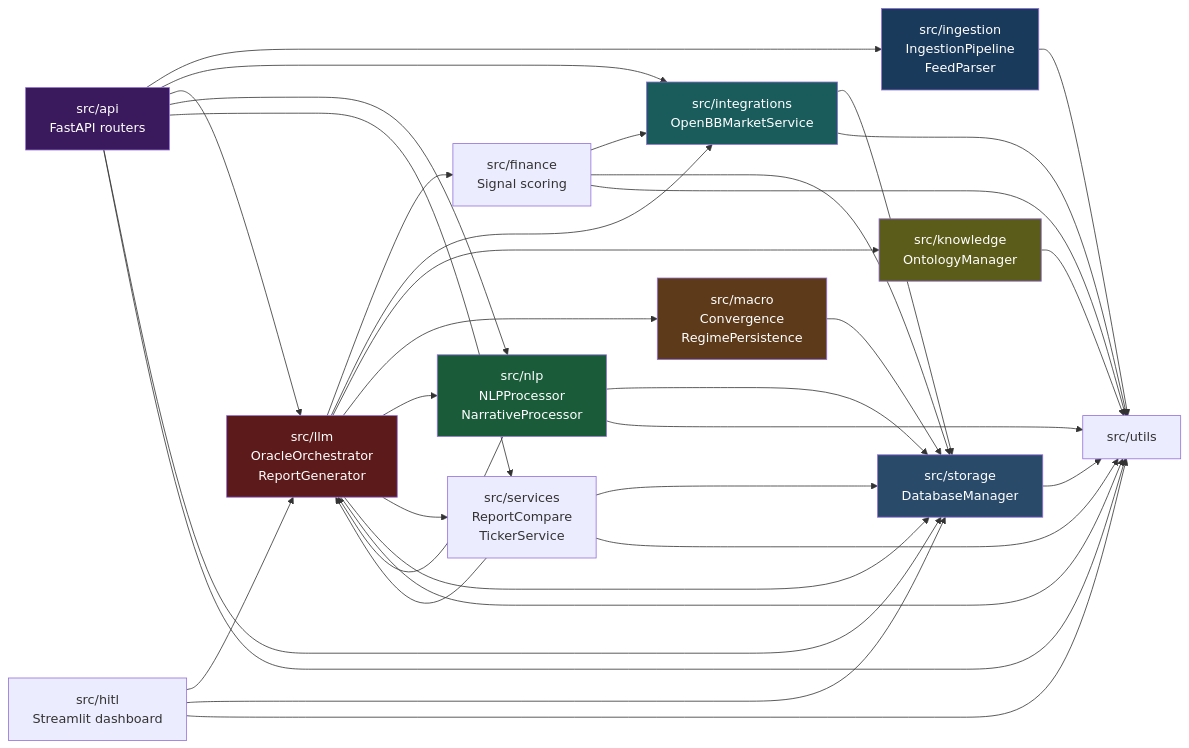
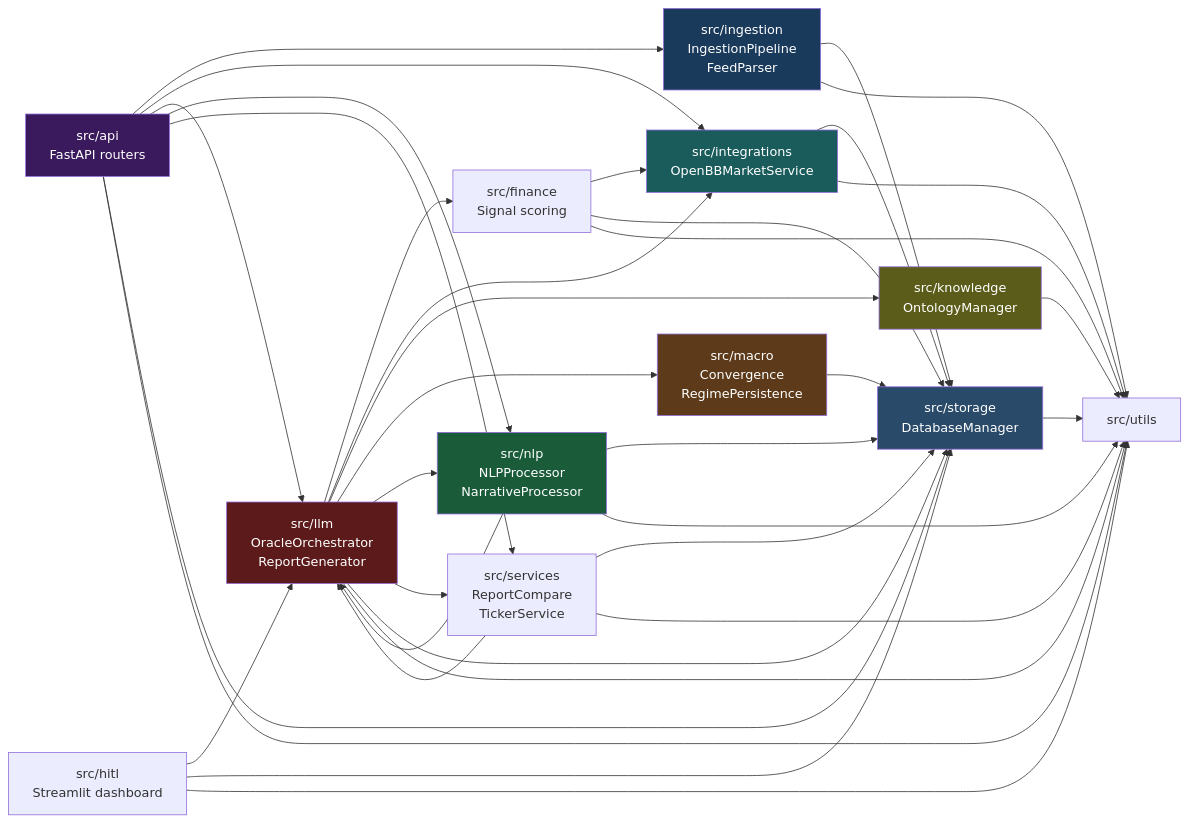
Before and after one commit to TommasoFazzi/MACROINTEL: the first of 6 diagrams in docs/generated/imports.md, drawn with Mermaid. The commit also changed other lines of this file, not shown here.

Commit message:
docs(auto): update Python import graph [skip ci]

````diff
--- a/docs/generated/imports.md
+++ b/docs/generated/imports.md
@@ -7,58 +7,59 @@
 ```mermaid
 flowchart LR
     api["src/api\nFastAPI routers"]
     finance["src/finance\nSignal scoring"]
     hitl["src/hitl\nStreamlit dashboard"]
     ingestion["src/ingestion\nIngestionPipeline\nFeedParser"]
     integrations["src/integrations\nOpenBBMarketService"]
     knowledge["src/knowledge\nOntologyManager"]
     llm["src/llm\nOracleOrchestrator\nReportGenerator"]
     macro["src/macro\nConvergence\nRegimePersistence"]
     nlp["src/nlp\nNLPProcessor\nNarrativeProcessor"]
     services["src/services\nReportCompare\nTickerService"]
     storage["src/storage\nDatabaseManager"]
     utils["src/utils"]
 
     api --> ingestion
     api --> integrations
     api --> llm
     api --> nlp
     api --> services
     api --> storage
     api --> utils
     finance --> integrations
     finance --> storage
     finance --> utils
     hitl --> llm
     hitl --> storage
     hitl --> utils
+    ingestion --> storage
     ingestion --> utils
     integrations --> storage
     integrations --> utils
     knowledge --> utils
     llm --> finance
     llm --> integrations
     llm --> knowledge
     llm --> macro
     llm --> nlp
     llm --> services
     llm --> storage
     llm --> utils
     macro --> storage
     nlp --> llm
     nlp --> storage
     nlp --> utils
     services --> llm
     services --> storage
     services --> utils
     storage --> utils
 
     style ingestion fill:#1a3a5c,color:#fff
     style nlp fill:#1a5c3a,color:#fff
     style llm fill:#5c1a1a,color:#fff
     style macro fill:#5c3a1a,color:#fff
     style api fill:#3a1a5c,color:#fff
     style storage fill:#2a4a6a,color:#fff
     style knowledge fill:#5c5c1a,color:#fff
     style integrations fill:#1a5c5c,color:#fff
 ```
````
